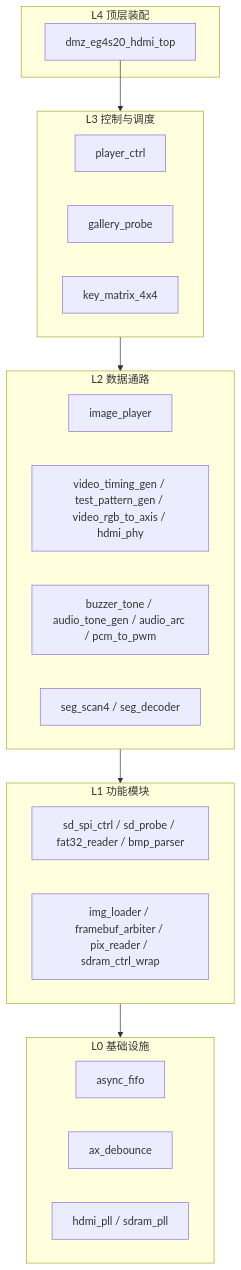
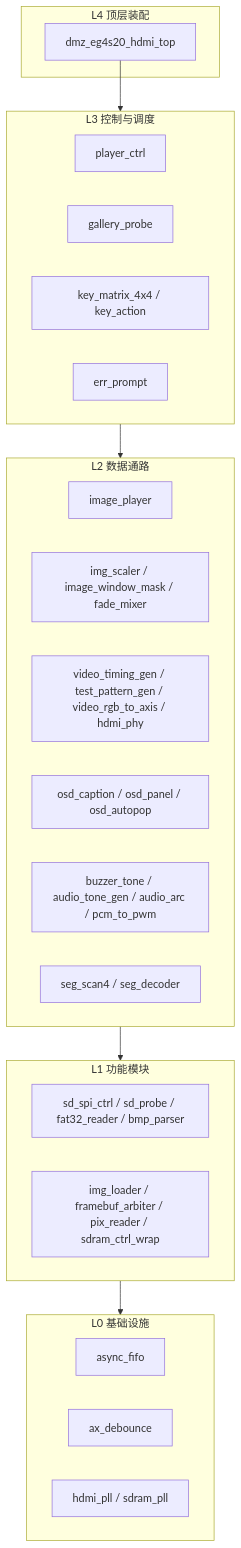
The first of 3 diagrams in ARCHITECTURE.md (salskaugluththammesh1635-maker/SmartCampusMedia), drawn with Mermaid before and after one commit. The commit also changed other lines of this file and 32 other files, not shown here.

````diff
--- a/ARCHITECTURE.md
+++ b/ARCHITECTURE.md
@@ -24,30 +25,33 @@
 ```mermaid
 flowchart TB
     subgraph L4["L4 顶层装配"]
         TOP[dmz_eg4s20_hdmi_top]
     end
     subgraph L3["L3 控制与调度"]
         CTRL[player_ctrl]
         GAL[gallery_probe]
-        KBD[key_matrix_4x4]
+        KBD[key_matrix_4x4 / key_action]
+        ERR[err_prompt]
     end
     subgraph L2["L2 数据通路"]
         IMG[image_player]
+        GEN[img_scaler / image_window_mask / fade_mixer]
         VID[video_timing_gen / test_pattern_gen / video_rgb_to_axis / hdmi_phy]
+        OSDL[osd_caption / osd_panel / osd_autopop]
         AUD[buzzer_tone / audio_tone_gen / audio_arc / pcm_to_pwm]
         UI[seg_scan4 / seg_decoder]
     end
     subgraph L1["L1 功能模块"]
         SD[sd_spi_ctrl / sd_probe / fat32_reader / bmp_parser]
         MEM[img_loader / framebuf_arbiter / pix_reader / sdram_ctrl_wrap]
     end
     subgraph L0["L0 基础设施"]
         FIFO[async_fifo]
         DEB[ax_debounce]
         PLL[hdmi_pll / sdram_pll]
     end
     TOP --> L3
     L3 --> L2
     L2 --> L1
     L1 --> L0
 ```
````
